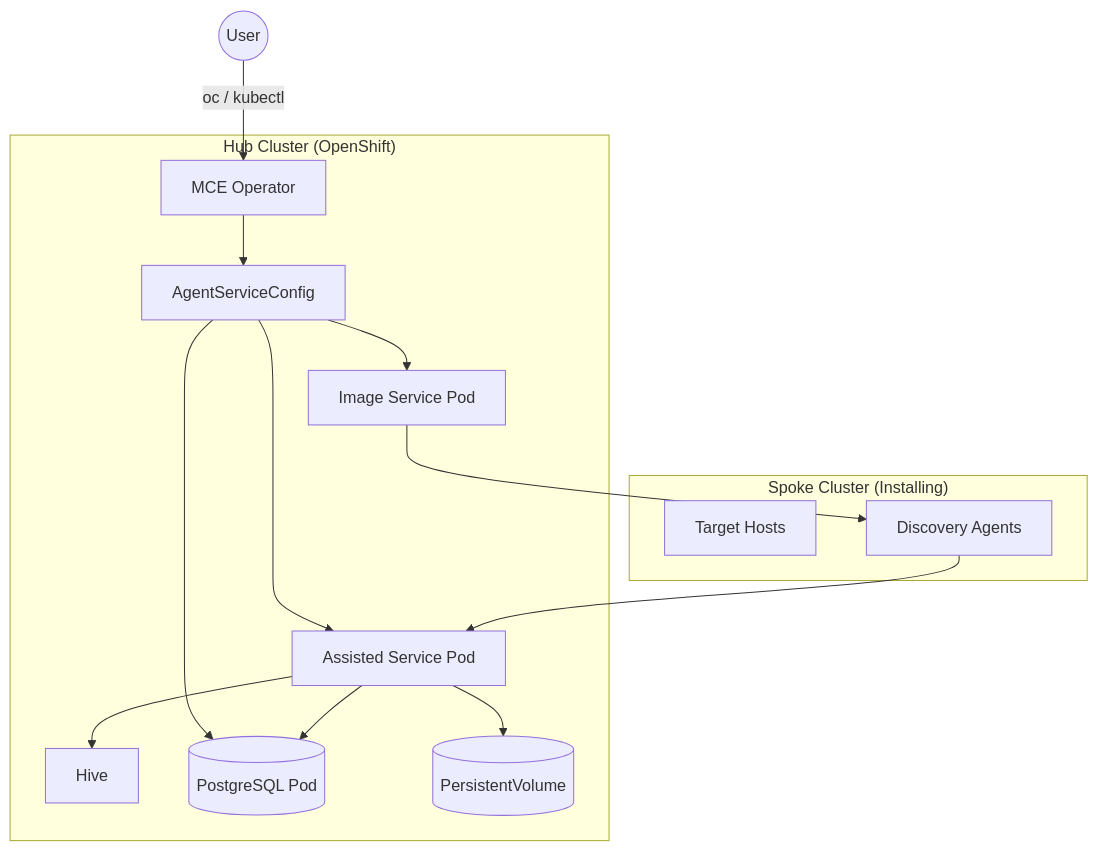
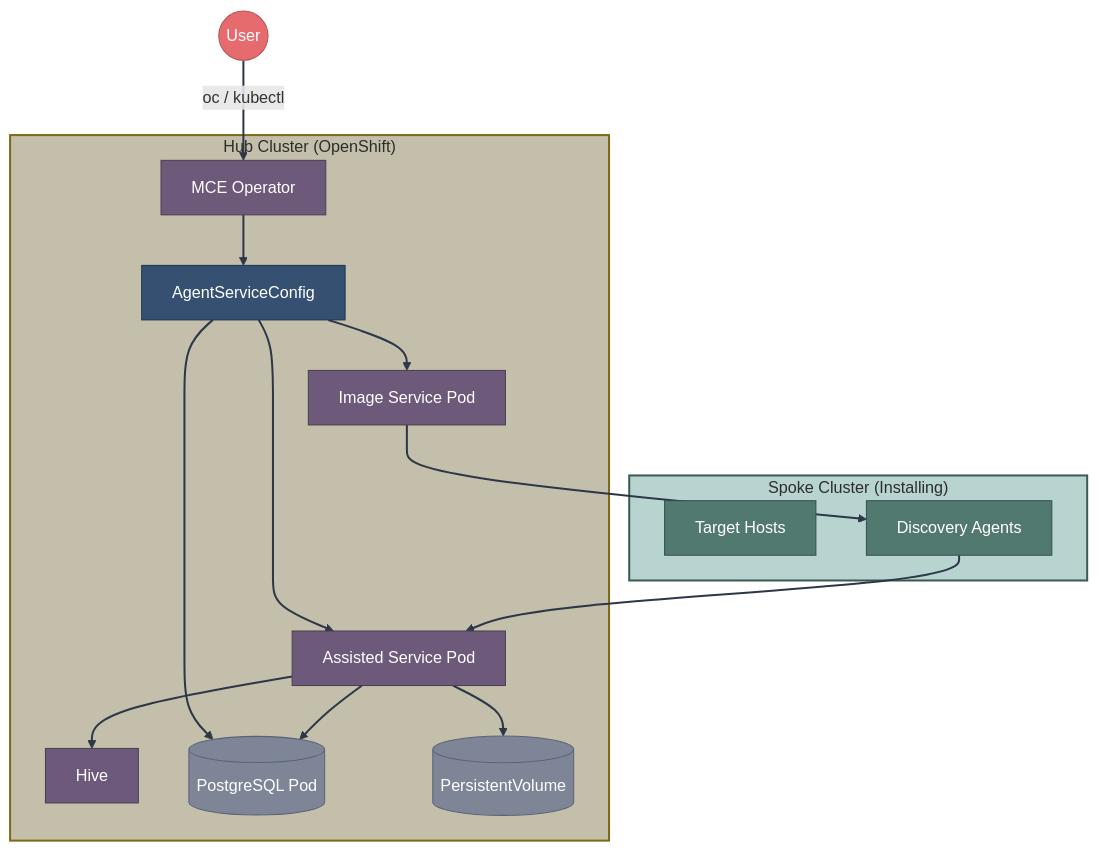
One commit to zszabo-rh/openshift-install-guide changed the second of 4 diagrams in 03-assisted-installation/saas-vs-onprem.md. Above: the diagram before and after it, drawn with Mermaid. The commit also changed other lines of this file and 16 other files, not shown here.

Commit message:
improved diagram style

````diff
--- a/03-assisted-installation/saas-vs-onprem.md
+++ b/03-assisted-installation/saas-vs-onprem.md
@@ -41,29 +57,45 @@
 ```mermaid
 graph TB
-    subgraph "Hub Cluster (OpenShift)"
+    subgraph hub["Hub Cluster (OpenShift)"]
         MCE[MCE Operator]
         ASC[AgentServiceConfig]
         HIVE[Hive]
         SERVICE[Assisted Service Pod]
         IMAGE[Image Service Pod]
         DB[(PostgreSQL Pod)]
         PV[(PersistentVolume)]
         
         MCE --> ASC
         ASC --> SERVICE
         ASC --> IMAGE
         ASC --> DB
         SERVICE --> DB
         SERVICE --> PV
         SERVICE --> HIVE
     end
     
-    subgraph "Spoke Cluster (Installing)"
+    subgraph spoke["Spoke Cluster (Installing)"]
         HOSTS[Target Hosts]
         AGENTS[Discovery Agents]
     end
     
     USER((User)) --> |oc / kubectl| MCE
     AGENTS --> SERVICE
     IMAGE --> AGENTS
+    
+    style MCE fill:#6d597a,stroke:#4a3f50,color:#fff
+    style ASC fill:#355070,stroke:#1d3557,color:#fff
+    style HIVE fill:#6d597a,stroke:#4a3f50,color:#fff
+    style SERVICE fill:#6d597a,stroke:#4a3f50,color:#fff
+    style IMAGE fill:#6d597a,stroke:#4a3f50,color:#fff
+    style DB fill:#7d8597,stroke:#5c6378,color:#fff
+    style PV fill:#7d8597,stroke:#5c6378,color:#fff
+    style HOSTS fill:#52796f,stroke:#354f52,color:#fff
+    style AGENTS fill:#52796f,stroke:#354f52,color:#fff
+    style USER fill:#e56b6f,stroke:#b85450,color:#fff
+    
+    style hub fill:#c4bfaa,stroke:#7a6a1a,stroke-width:2px,color:#2d2d2d
+    style spoke fill:#b8d4d0,stroke:#3d5a52,stroke-width:2px,color:#2d2d2d
+    
+    linkStyle default stroke:#2d3748,stroke-width:2px
 ```
````
